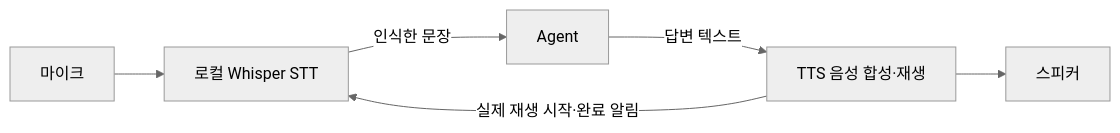
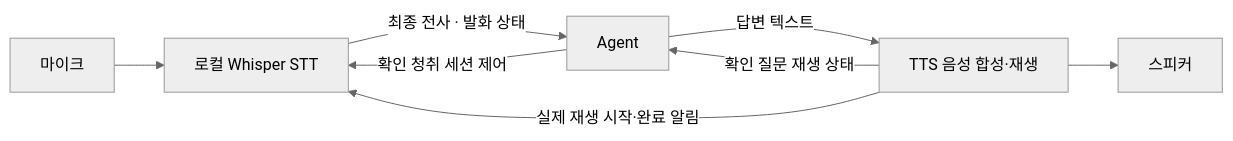
Before and after one commit to SWM-malbut/malbut: the first of 2 diagrams in malbut_test/malbut_stt/docs/stt_agent.md, drawn with Mermaid (neutral theme). The commit also changed other lines of this file and 104 other files, not shown here.

````diff
--- a/malbut_test/malbut_stt/docs/stt_agent.md
+++ b/malbut_test/malbut_stt/docs/stt_agent.md
@@ -2,8 +2,10 @@
 ```mermaid
 flowchart LR
     M["마이크"] --> S["로컬 Whisper STT"]
-    S -->|"인식한 문장"| A["Agent"]
+    S -->|"최종 전사 · 발화 상태"| A["Agent"]
+    A -->|"확인 청취 세션 제어"| S
     A -->|"답변 텍스트"| T["TTS 음성 합성·재생"]
     T --> SP["스피커"]
     T -->|"실제 재생 시작·완료 알림"| S
+    T -->|"확인 질문 재생 상태"| A
 ```
````
